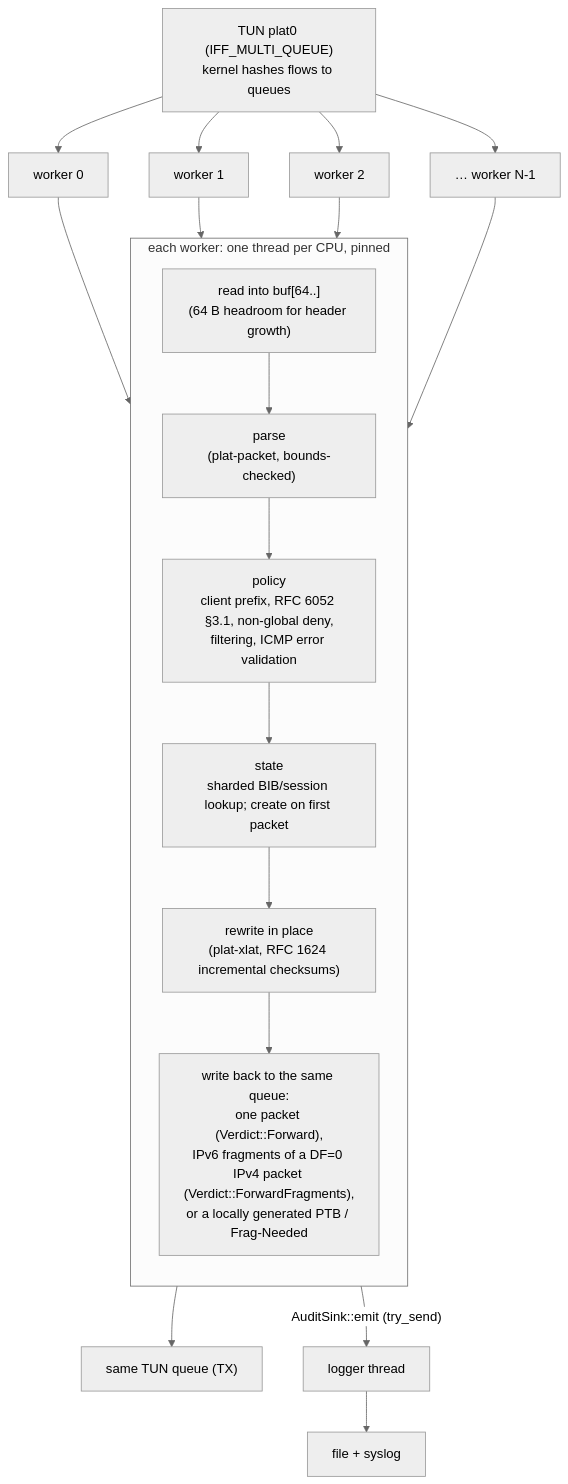
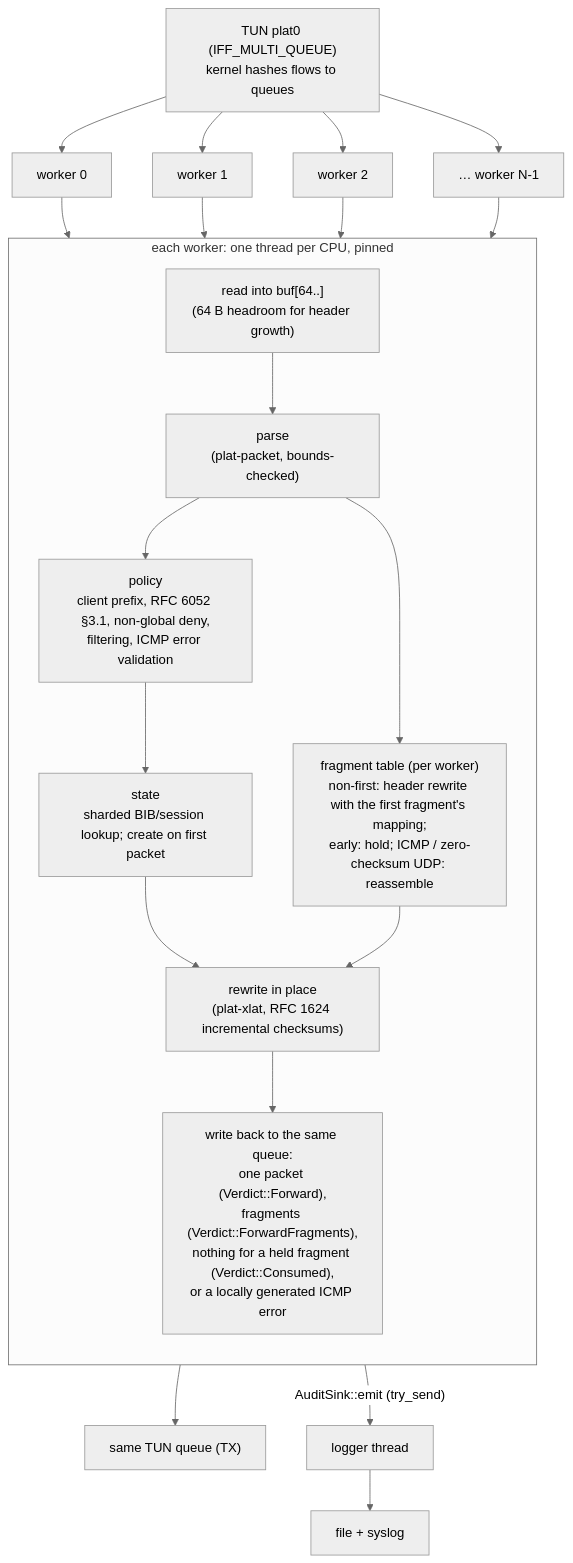
The second of 4 diagrams in ARCHITECTURE.md (192d-Wing/usg-plat), drawn with Mermaid (neutral theme) before and after one commit. The commit also changed other lines of this file and 37 other files, not shown here.

````diff
--- a/ARCHITECTURE.md
+++ b/ARCHITECTURE.md
@@ -28,24 +28,26 @@
 ```mermaid
 flowchart TD
     tun["TUN plat0 (IFF_MULTI_QUEUE)<br/>kernel hashes flows to queues"]
     tun --> w0["worker 0"]
     tun --> w1["worker 1"]
     tun --> w2["worker 2"]
     tun --> wn["… worker N-1"]
 
     subgraph worker["each worker: one thread per CPU, pinned"]
         direction TB
         read["read into buf[64..]<br/>(64 B headroom for header growth)"]
         parse["parse<br/>(plat-packet, bounds-checked)"]
+        frag["fragment table (per worker)<br/>non-first: header rewrite with the first fragment's mapping;<br/>early: hold; ICMP / zero-checksum UDP: reassemble"]
         policy["policy<br/>client prefix, RFC 6052 §3.1, non-global deny,<br/>filtering, ICMP error validation"]
         state["state<br/>sharded BIB/session lookup; create on first packet"]
         rewrite["rewrite in place<br/>(plat-xlat, RFC 1624 incremental checksums)"]
-        write["write back to the same queue:<br/>one packet (Verdict::Forward),<br/>IPv6 fragments of a DF=0 IPv4 packet (Verdict::ForwardFragments),<br/>or a locally generated PTB / Frag-Needed"]
+        write["write back to the same queue:<br/>one packet (Verdict::Forward),<br/>fragments (Verdict::ForwardFragments),<br/>nothing for a held fragment (Verdict::Consumed),<br/>or a locally generated ICMP error"]
         read --> parse --> policy --> state --> rewrite --> write
+        parse --> frag --> rewrite
     end
 
     w0 & w1 & w2 & wn --> read
     write --> tx["same TUN queue (TX)"]
     state -- "AuditSink::emit (try_send)" --> logger["logger thread"]
     logger --> sinks["file + syslog"]
 ```
````
